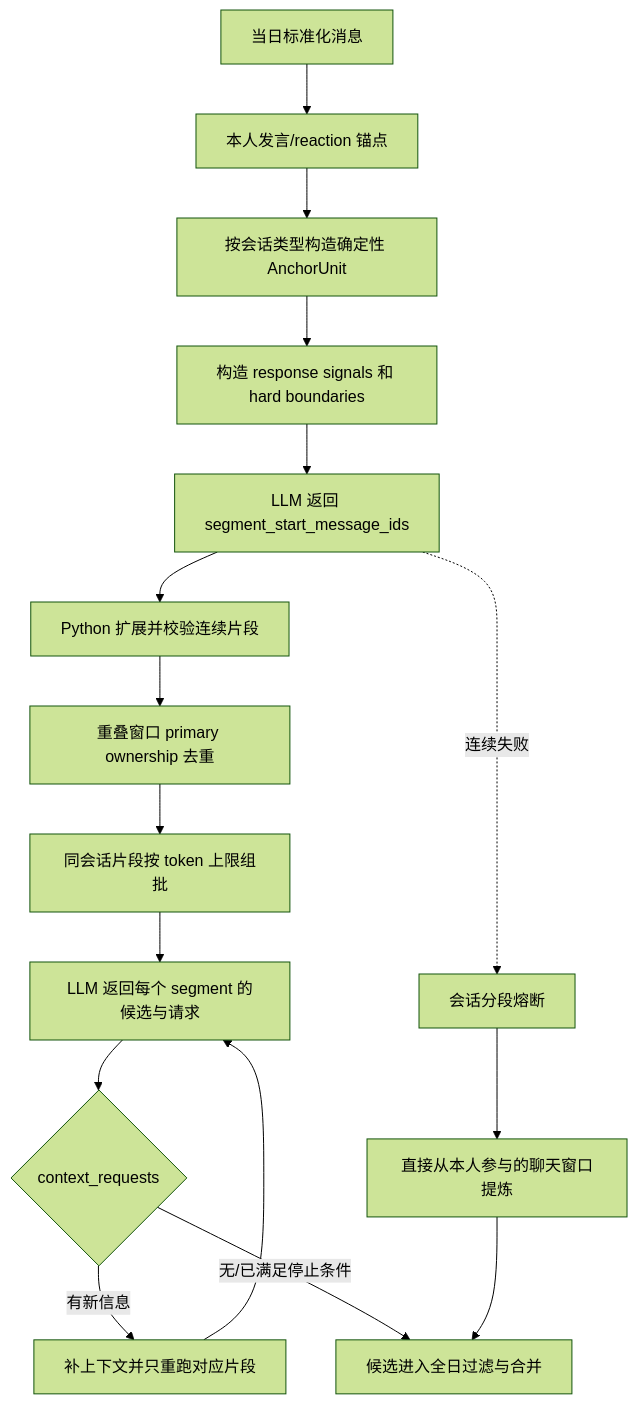
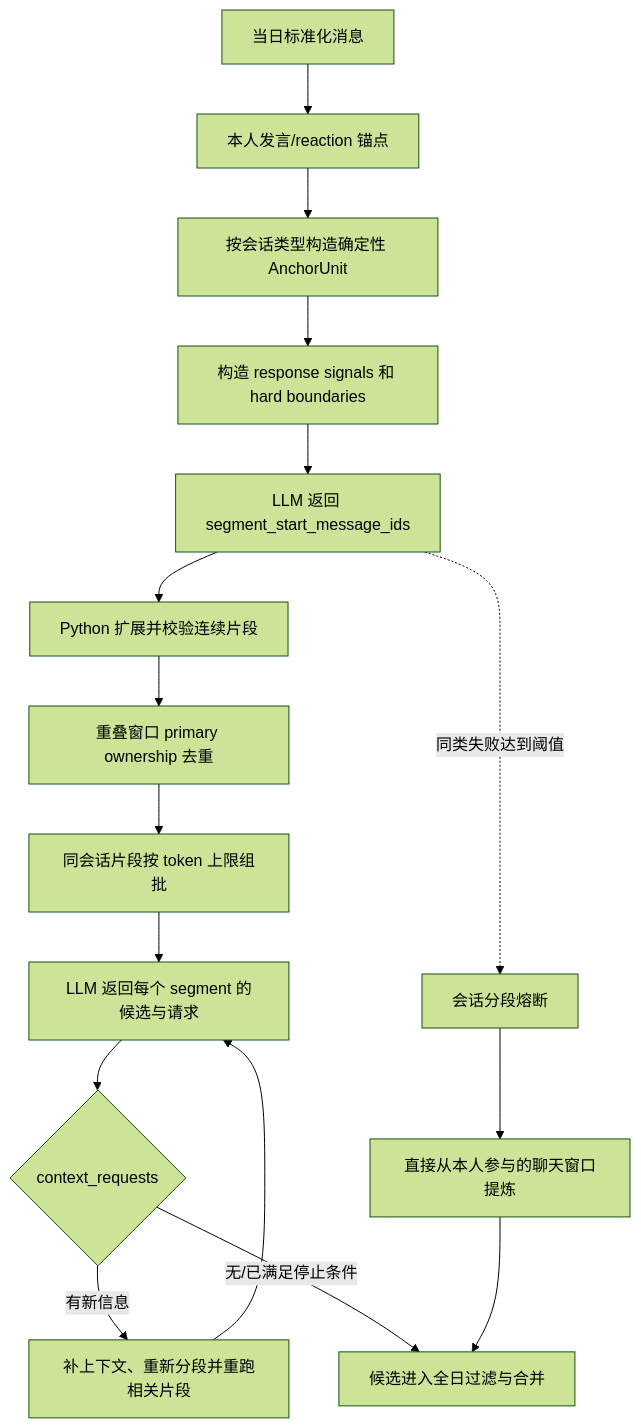
The diagram in docs/conversation-slice-retry-design.md (sunweisheng/WorkTrace), drawn with Mermaid (forest theme) before and after one commit. The commit also changed other lines of this file and 23 other files, not shown here.

````diff
--- a/docs/conversation-slice-retry-design.md
+++ b/docs/conversation-slice-retry-design.md
@@ -25,19 +25,19 @@
 ```mermaid
 flowchart TD
     A["当日标准化消息"] --> B["本人发言/reaction 锚点"]
     B --> C["按会话类型构造确定性 AnchorUnit"]
     C --> D["构造 response signals 和 hard boundaries"]
     D --> E["LLM 返回 segment_start_message_ids"]
     E --> F["Python 扩展并校验连续片段"]
     F --> G["重叠窗口 primary ownership 去重"]
     G --> H["同会话片段按 token 上限组批"]
     H --> I["LLM 返回每个 segment 的候选与请求"]
     I --> J{"context_requests"}
-    J -->|"有新信息"| K["补上下文并只重跑对应片段"]
+    J -->|"有新信息"| K["补上下文、重新分段并重跑相关片段"]
     K --> I
     J -->|"无/已满足停止条件"| L["候选进入全日过滤与合并"]
 
-    E -. "连续失败" .-> M["会话分段熔断"]
+    E -. "同类失败达到阈值" .-> M["会话分段熔断"]
     M --> N["直接从本人参与的聊天窗口提炼"]
     N --> L
 ```
````
